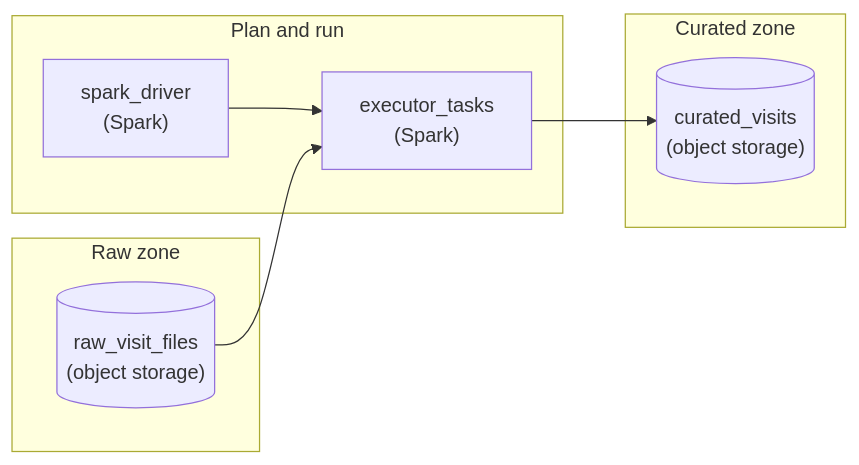
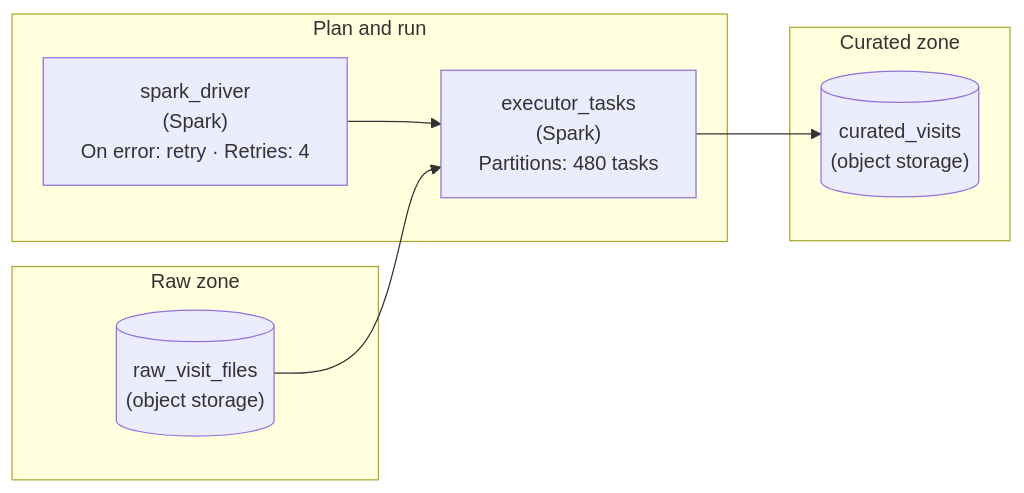
Before and after one commit to Dulain-Willis/study-helper: the fifth of 6 diagrams in lesson_preview/interview/architecture/pipeline_distributed_compute_beginner.md, drawn with Mermaid. The commit also changed other lines of this file and 26 other files, not shown here.

First line of the commit message:
Mermaid diagrams: show tags and extra values inside each node (#43)

````diff
--- a/lesson_preview/interview/architecture/pipeline_distributed_compute_beginner.md
+++ b/lesson_preview/interview/architecture/pipeline_distributed_compute_beginner.md
@@ -849,16 +849,16 @@
 ```mermaid
 flowchart LR
     subgraph L0["Raw zone"]
         n0[("raw_visit_files<br/>(object storage)")]
     end
     subgraph L1["Plan and run"]
-        n1["spark_driver<br/>(Spark)"]
-        n2["executor_tasks<br/>(Spark)"]
+        n1["spark_driver<br/>(Spark)<br/>On error: retry · Retries: 4"]
+        n2["executor_tasks<br/>(Spark)<br/>Partitions: 480 tasks"]
     end
     subgraph L2["Curated zone"]
         n3[("curated_visits<br/>(object storage)")]
     end
     n1 --> n2
     n0 --> n2
     n2 --> n3
 ```
````
